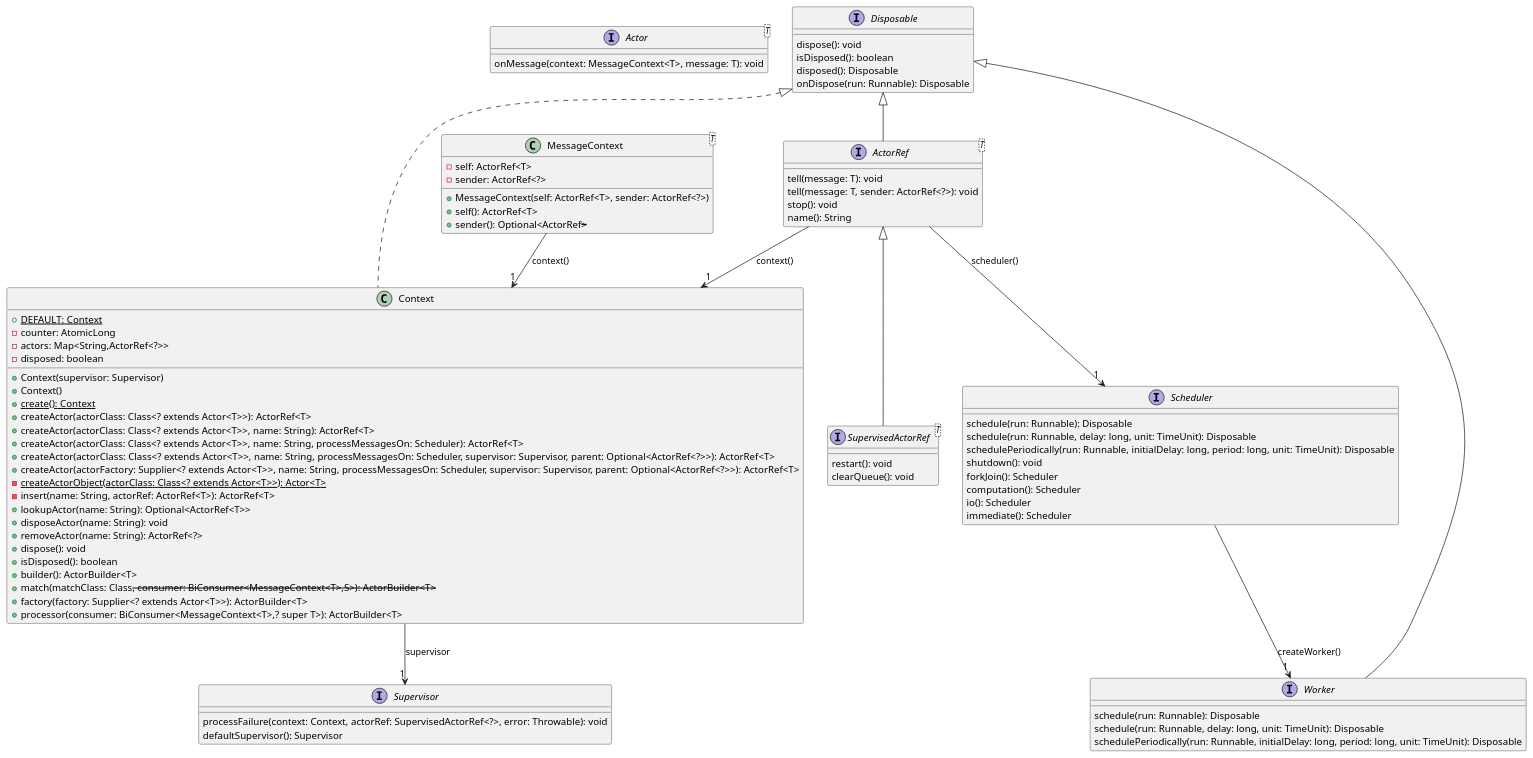
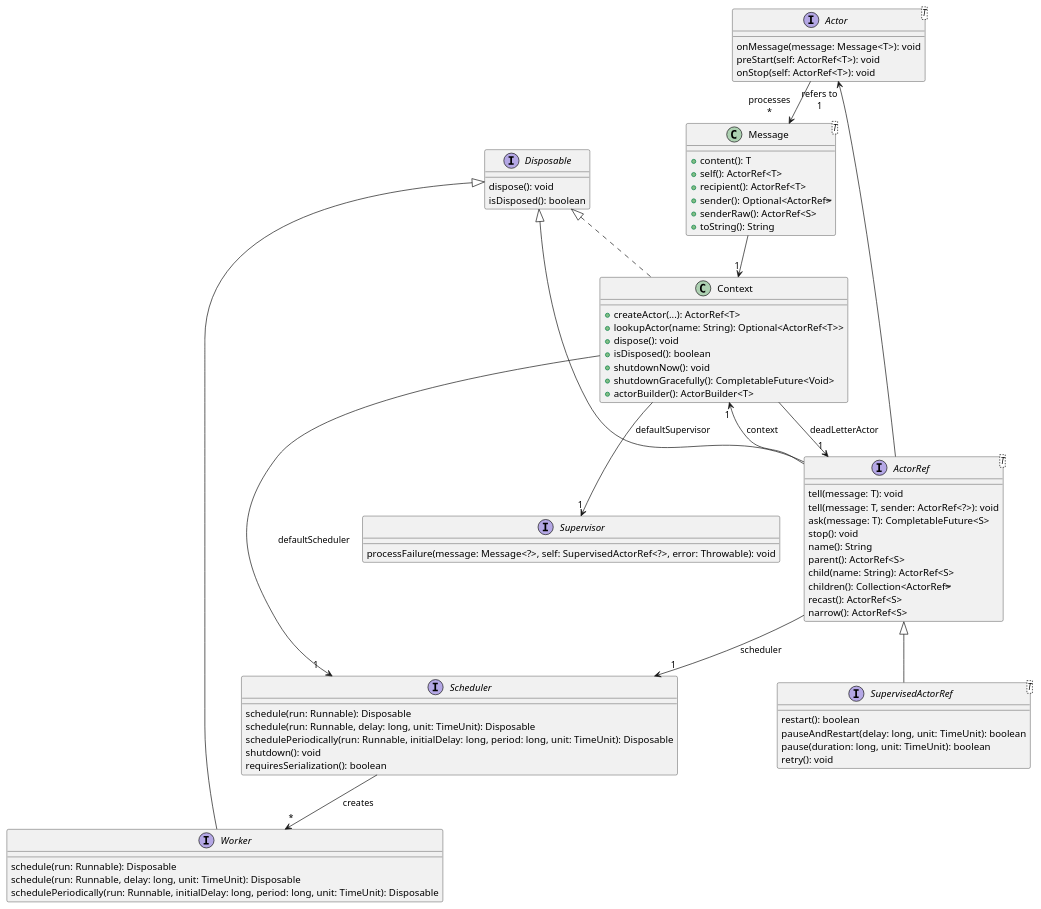
One commit to davidmoten/reels changed the diagram in src/docs/class-diagram.puml. Above: the diagram before and after it, drawn with PlantUML. The commit also changed 1 other file, not shown here.

Commit message:
update class-diagram

```diff
--- a/src/docs/class-diagram.puml
+++ b/src/docs/class-diagram.puml
@@ -1,99 +1,77 @@
 @startuml
 interface "Actor<T>" as Actor_T_ [[java:com.github.davidmoten.reels.Actor]] {
-    onMessage(context: MessageContext<T>, message: T): void
+    onMessage(message: Message<T>): void
+    preStart(self: ActorRef<T>): void
+    onStop(self: ActorRef<T>): void
 }
 interface "ActorRef<T>" as ActorRef_T_ [[java:com.github.davidmoten.reels.ActorRef]] {
     tell(message: T): void
     tell(message: T, sender: ActorRef<?>): void
+    ask(message: T): CompletableFuture<S>
     stop(): void
     name(): String
+    parent(): ActorRef<S>
+    child(name: String): ActorRef<S>
+    children(): Collection<ActorRef<S>>
+    recast(): ActorRef<S>
+    narrow(): ActorRef<S>
 }
-class Context {
-}
-ActorRef_T_ --> "1" Context : context()
-class Scheduler {
-}
-ActorRef_T_ --> "1" Scheduler : scheduler()
-interface Disposable {
-}
+ActorRef_T_ --> "1" Context : context
+ActorRef_T_ --> "1" Scheduler : scheduler
 Disposable <|-- ActorRef_T_
 class Context [[java:com.github.davidmoten.reels.Context]] {
-    +{static} DEFAULT: Context
-    -counter: AtomicLong
-    -actors: Map<String,ActorRef<?>>
-    -disposed: boolean
-    +Context(supervisor: Supervisor)
-    +Context()
-    +{static} create(): Context
-    +createActor(actorClass: Class<? extends Actor<T>>): ActorRef<T>
-    +createActor(actorClass: Class<? extends Actor<T>>, name: String): ActorRef<T>
-    +createActor(actorClass: Class<? extends Actor<T>>, name: String, processMessagesOn: Scheduler): ActorRef<T>
-    +createActor(actorClass: Class<? extends Actor<T>>, name: String, processMessagesOn: Scheduler, supervisor: Supervisor, parent: Optional<ActorRef<?>>): ActorRef<T>
-    +createActor(actorFactory: Supplier<? extends Actor<T>>, name: String, processMessagesOn: Scheduler, supervisor: Supervisor, parent: Optional<ActorRef<?>>): ActorRef<T>
-    -{static} createActorObject(actorClass: Class<? extends Actor<T>>): Actor<T>
-    -insert(name: String, actorRef: ActorRef<T>): ActorRef<T>
+    +createActor(...): ActorRef<T>
     +lookupActor(name: String): Optional<ActorRef<T>>
-    +disposeActor(name: String): void
-    +removeActor(name: String): ActorRef<?>
     +dispose(): void
     +isDisposed(): boolean
-    +builder(): ActorBuilder<T>
-    +match(matchClass: Class<S>, consumer: BiConsumer<MessageContext<T>,S>): ActorBuilder<T>
-    +factory(factory: Supplier<? extends Actor<T>>): ActorBuilder<T>
-    +processor(consumer: BiConsumer<MessageContext<T>,? super T>): ActorBuilder<T>
+    +shutdownNow(): void
+    +shutdownGracefully(): CompletableFuture<Void>
+    +actorBuilder(): ActorBuilder<T>
 }
-class Supervisor {
-}
-Context --> "1" Supervisor : supervisor
-interface Disposable {
-}
+Context --> "1" Supervisor : defaultSupervisor
+Context --> "1" Scheduler : defaultScheduler
+Context --> "1" ActorRef_T_ : deadLetterActor
 Disposable <|.. Context
+
 interface Disposable [[java:com.github.davidmoten.reels.Disposable]] {
     dispose(): void
     isDisposed(): boolean
-    disposed(): Disposable
-    onDispose(run: Runnable): Disposable
 }
-class "MessageContext<T>" as MessageContext_T_ [[java:com.github.davidmoten.reels.MessageContext]] {
-    -self: ActorRef<T>
-    -sender: ActorRef<?>
-    +MessageContext(self: ActorRef<T>, sender: ActorRef<?>)
+class "Message<T>" as Message_T_ [[java:com.github.davidmoten.reels.Message]] {
+    +content(): T
     +self(): ActorRef<T>
+    +recipient(): ActorRef<T>
     +sender(): Optional<ActorRef<S>>
+    +senderRaw(): ActorRef<S>
+    +toString(): String
 }
-class Context {
-}
-MessageContext_T_ --> "1" Context : context()
+Message_T_ --> "1" Context
 interface Scheduler [[java:com.github.davidmoten.reels.Scheduler]] {
     schedule(run: Runnable): Disposable
     schedule(run: Runnable, delay: long, unit: TimeUnit): Disposable
     schedulePeriodically(run: Runnable, initialDelay: long, period: long, unit: TimeUnit): Disposable
     shutdown(): void
-    forkJoin(): Scheduler
-    computation(): Scheduler
-    io(): Scheduler
-    immediate(): Scheduler
+    requiresSerialization(): boolean
 }
-class Worker {
-}
-Scheduler --> "1" Worker : createWorker()
+Scheduler --> "*" Worker : creates
+
 interface "SupervisedActorRef<T>" as SupervisedActorRef_T_ [[java:com.github.davidmoten.reels.SupervisedActorRef]] {
-    restart(): void
-    clearQueue(): void
-}
-interface "ActorRef<T>" as ActorRef_T_ {
+    restart(): boolean
+    pauseAndRestart(delay: long, unit: TimeUnit): boolean
+    pause(duration: long, unit: TimeUnit): boolean
+    retry(): void
 }
 ActorRef_T_ <|-- SupervisedActorRef_T_
+
 interface Supervisor [[java:com.github.davidmoten.reels.Supervisor]] {
-    processFailure(context: Context, actorRef: SupervisedActorRef<?>, error: Throwable): void
-    defaultSupervisor(): Supervisor
+    processFailure(message: Message<?>, self: SupervisedActorRef<?>, error: Throwable): void
 }
 interface Worker [[java:com.github.davidmoten.reels.Worker]] {
     schedule(run: Runnable): Disposable
     schedule(run: Runnable, delay: long, unit: TimeUnit): Disposable
     schedulePeriodically(run: Runnable, initialDelay: long, period: long, unit: TimeUnit): Disposable
 }
-interface Disposable {
-}
 Disposable <|-- Worker
+Actor_T_ --> "processes\n*" Message_T_
+ActorRef_T_ --> "refers to\n1" Actor_T_
 @enduml
```
